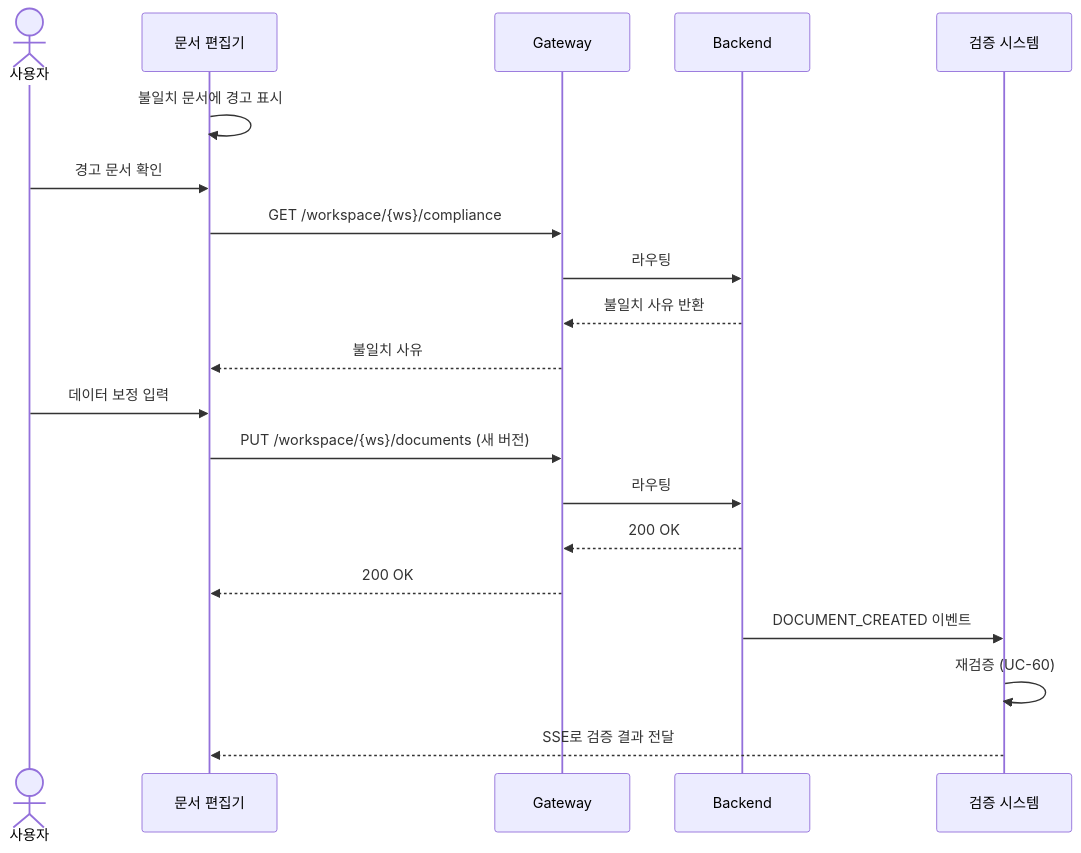
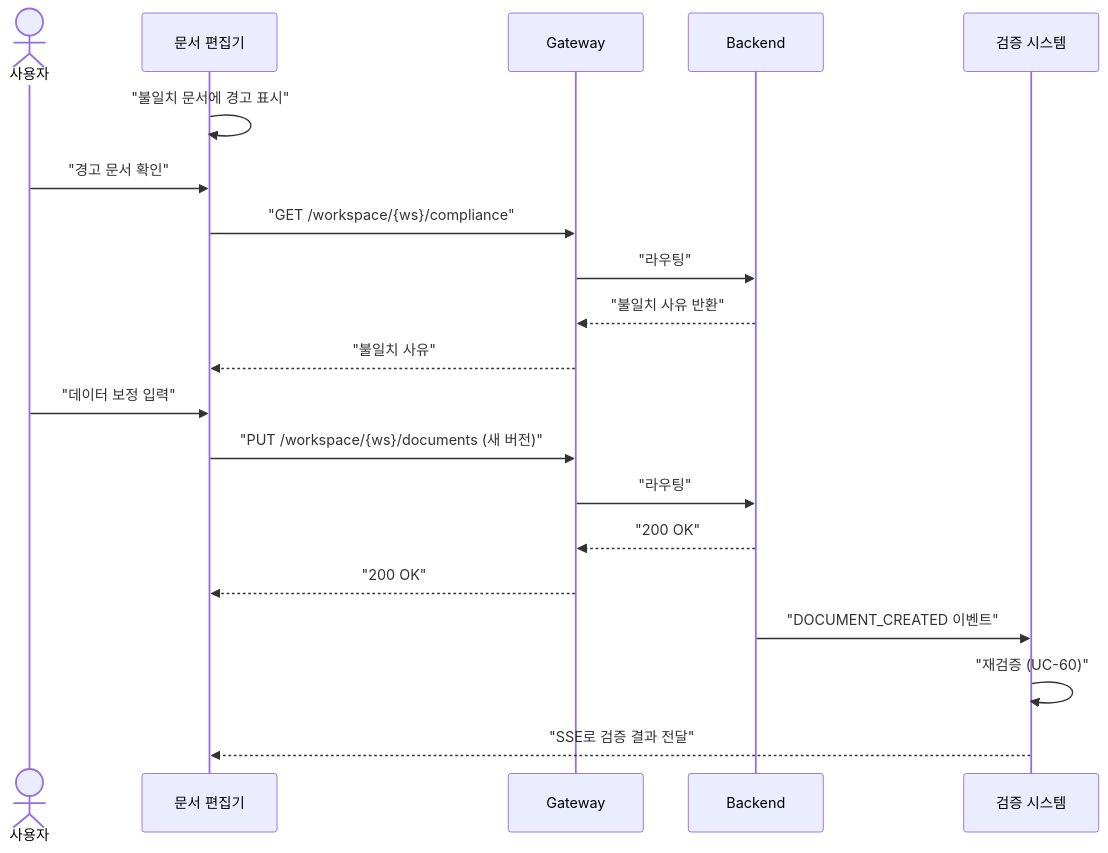
Diagram 15 of 25 in docs/usecases.md (sayaya1090/handbook), drawn with Mermaid before and after one commit. The commit also changed other lines of this file and 22 other files, not shown here.

First line of the commit message:
docs: Mermaid 다이어그램 렌더링 오류 수정을 위한 구문 전수 교정

````diff
--- a/docs/usecases.md
+++ b/docs/usecases.md
@@ -1199,23 +1199,23 @@
 ```mermaid
 sequenceDiagram
     actor U as 사용자
     participant UI as 문서 편집기
     participant GW as Gateway
     participant API as Backend
     participant V as 검증 시스템
 
-    UI->>UI: 불일치 문서에 경고 표시
-    U->>UI: 경고 문서 확인
-    UI->>GW: GET /workspace/{ws}/compliance
-    GW->>API: 라우팅
-    API-->>GW: 불일치 사유 반환
-    GW-->>UI: 불일치 사유
-    U->>UI: 데이터 보정 입력
-    UI->>GW: PUT /workspace/{ws}/documents (새 버전)
-    GW->>API: 라우팅
-    API-->>GW: 200 OK
-    GW-->>UI: 200 OK
-    API->>V: DOCUMENT_CREATED 이벤트
-    V->>V: 재검증 (UC-60)
-    V-->>UI: SSE로 검증 결과 전달
+    UI->>UI: "불일치 문서에 경고 표시"
+    U->>UI: "경고 문서 확인"
+    UI->>GW: "GET /workspace/{ws}/compliance"
+    GW->>API: "라우팅"
+    API-->>GW: "불일치 사유 반환"
+    GW-->>UI: "불일치 사유"
+    U->>UI: "데이터 보정 입력"
+    UI->>GW: "PUT /workspace/{ws}/documents (새 버전)"
+    GW->>API: "라우팅"
+    API-->>GW: "200 OK"
+    GW-->>UI: "200 OK"
+    API->>V: "DOCUMENT_CREATED 이벤트"
+    V->>V: "재검증 (UC-60)"
+    V-->>UI: "SSE로 검증 결과 전달"
 ```
````
